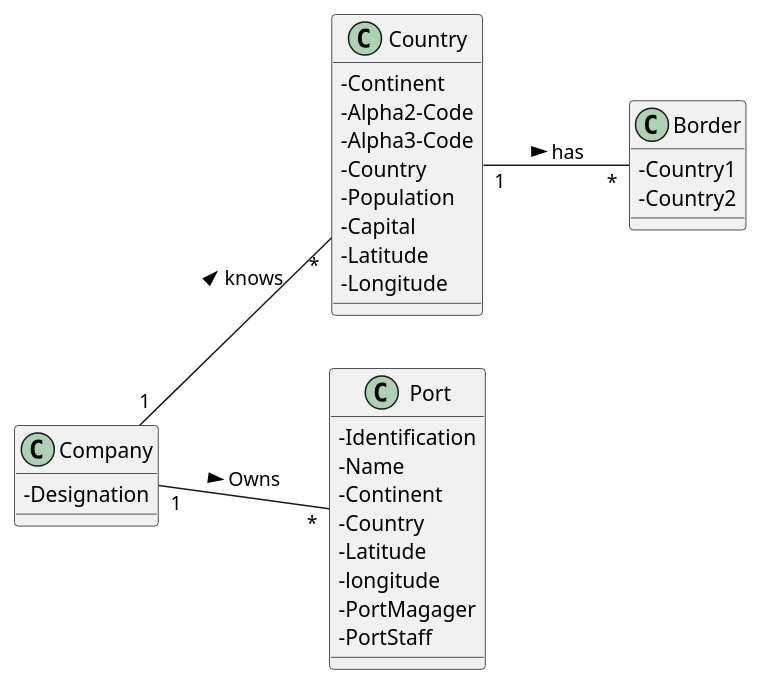
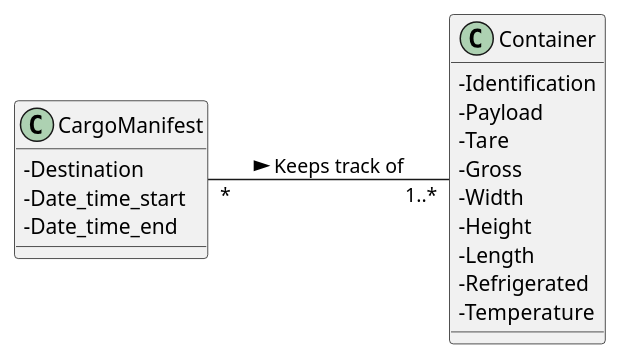
One commit to 1190772/LAB-Project-3 changed the diagram in docs/Sprint 3/US/US301/US301_MD.puml. Above: the diagram before and after it, drawn with PlantUML. The commit also changed 7 other files, not shown here.

```diff
--- a/docs/Sprint 3/US/US301/US301_MD.puml
+++ b/docs/Sprint 3/US/US301/US301_MD.puml
@@ -1,43 +1,27 @@
 @startuml
 'https://plantuml.com/class-diagram
 
 skinparam classAttributeIconSize 0
 
-class Company {
--Designation
+left to right direction
+
+class CargoManifest {
+-Destination
+-Date_time_start
+-Date_time_end
 }
 
-left to right direction
-
-class Country {
--Continent
--Alpha2-Code
--Alpha3-Code
--Country
--Population
--Capital
--Latitude
--Longitude
+class Container {
+-Identification
+-Payload
+-Tare
+-Gross
+-Width
+-Height
+-Length
+-Refrigerated
+-Temperature
 }
 
-class Border {
--Country1
--Country2
-}
-
-class Port {
--Identification
--Name
--Continent
--Country
--Latitude
--longitude
--PortMagager
--PortStaff
-}
-
-Company "1" -- "*" Port : Owns >
-Company "1" -- "*" Country : knows >
-Country "1" -- "*" Border : has >
-
+CargoManifest "*" -- "1..*" Container : Keeps track of >
 @enduml
```
